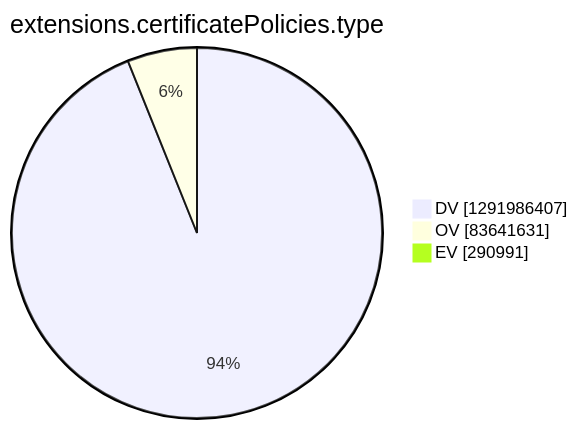
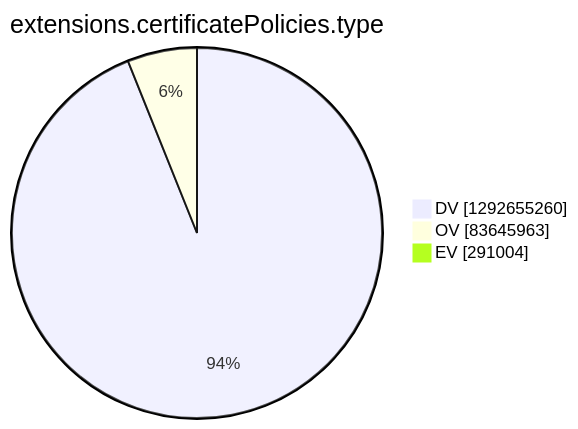
One commit to christiankrug/ctmonitor_visualization changed the tenth of 15 diagrams in argon2022/README.md. Above: the diagram before and after it, drawn with Mermaid. The commit also changed other lines of this file, not shown here.

````diff
--- a/argon2022/README.md
+++ b/argon2022/README.md
@@ -2771,7 +2771,7 @@
 ```mermaid
 pie showData
 title extensions.certificatePolicies.type
-"DV" :1291986407
-"OV" :83641631
-"EV" :290991
+"DV" :1292655260
+"OV" :83645963
+"EV" :291004
 ```
````
